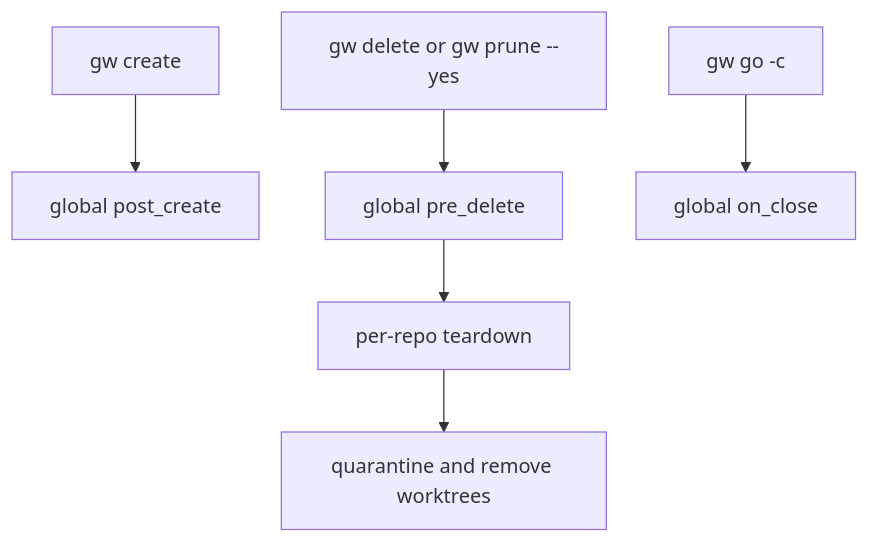
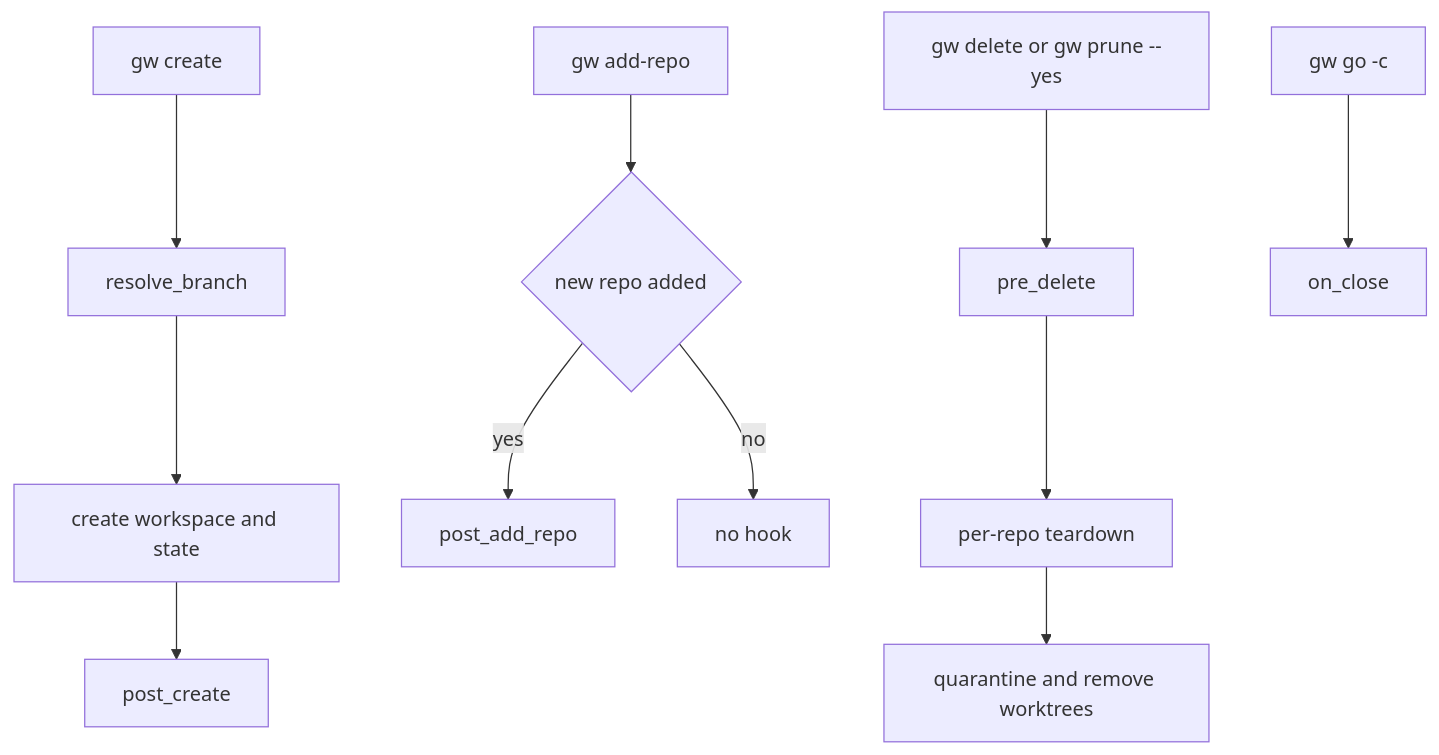
One commit to nicksenap/grove changed the first of 2 diagrams in openwiki/operations.md. Above: the diagram before and after it, drawn with Mermaid. The commit also changed other lines of this file and 10 other files, not shown here.

````diff
--- a/openwiki/operations.md
+++ b/openwiki/operations.md
@@ -175,8 +143,13 @@
 ```mermaid
 flowchart TD
-    create["gw create"] --> post["global post_create"]
-    delete["gw delete or gw prune --yes"] --> pre["global pre_delete"]
+    create["gw create"] --> resolve["resolve_branch"]
+    resolve --> provision["create workspace and state"]
+    provision --> post["post_create"]
+    add["gw add-repo"] --> added{"new repo added"}
+    added -->|yes| addhook["post_add_repo"]
+    added -->|no| unchanged["no hook"]
+    delete["gw delete or gw prune --yes"] --> pre["pre_delete"]
     pre --> teardown["per-repo teardown"]
     teardown --> remove["quarantine and remove worktrees"]
-    close["gw go -c"] --> onclose["global on_close"]
+    close["gw go -c"] --> onclose["on_close"]
 ```
````
